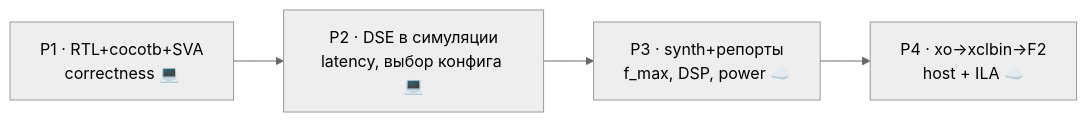
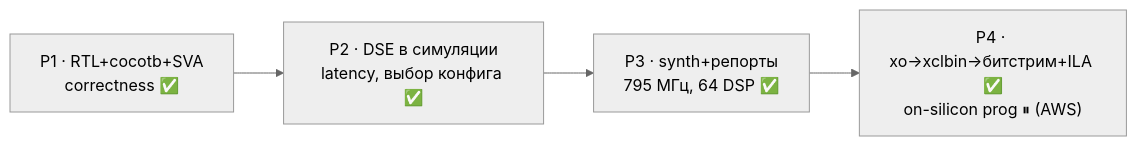
Before and after one commit to AlexOnTheStorm/systolic-gemm-kernelgen: the diagram in README.md, drawn with Mermaid (neutral theme). The commit also changed other lines of this file, not shown here.

First line of the commit message:
README: honest P4 status — bitstream+ILA built, on-silicon pending AWS

````diff
--- a/README.md
+++ b/README.md
@@ -49,6 +55,6 @@
 ```mermaid
 flowchart LR
-  P1["P1 · RTL+cocotb+SVA<br/>correctness 💻"] --> P2["P2 · DSE в симуляции<br/>latency, выбор конфига 💻"]
-  P2 --> P3["P3 · synth+репорты<br/>f_max, DSP, power ☁️"]
-  P3 --> P4["P4 · xo→xclbin→F2<br/>host + ILA ☁️"]
+  P1["P1 · RTL+cocotb+SVA<br/>correctness ✅"] --> P2["P2 · DSE в симуляции<br/>latency, выбор конфига ✅"]
+  P2 --> P3["P3 · synth+репорты<br/>795 МГц, 64 DSP ✅"]
+  P3 --> P4["P4 · xo→xclbin→битстрим+ILA ✅<br/>on-silicon prog ⏸ (AWS)"]
 ```
````
